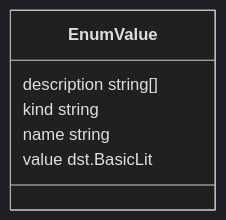
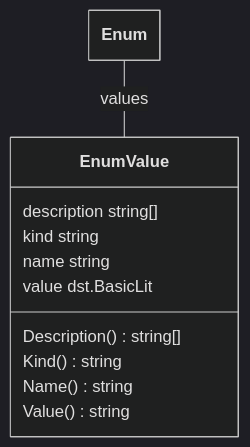
Before and after one commit to theunrepentantgeek/crddoc: the second of 17 diagrams in docs/model/model.md, drawn with Mermaid (dark theme). The commit also changed other lines of this file and 8 other files, not shown here.

````diff
--- a/docs/model/model.md
+++ b/docs/model/model.md
@@ -66,21 +93,27 @@
 ```mermaid
 ---
   config:
     class:
       hideEmptyMembersBox: true
 ---
 classDiagram
 
 class EnumValue["EnumValue"]{  
       description string[]  
       kind string  
       name string  
-      value dst.BasicLit
+      value dst.BasicLit  
+      Description()string[]  
+      Kind()string  
+      Name()string  
+      Value()string
 
 
 } 
 
+Enum -- EnumValue : values 
 
 
+class Enum["Enum"]
 
 ```
````
